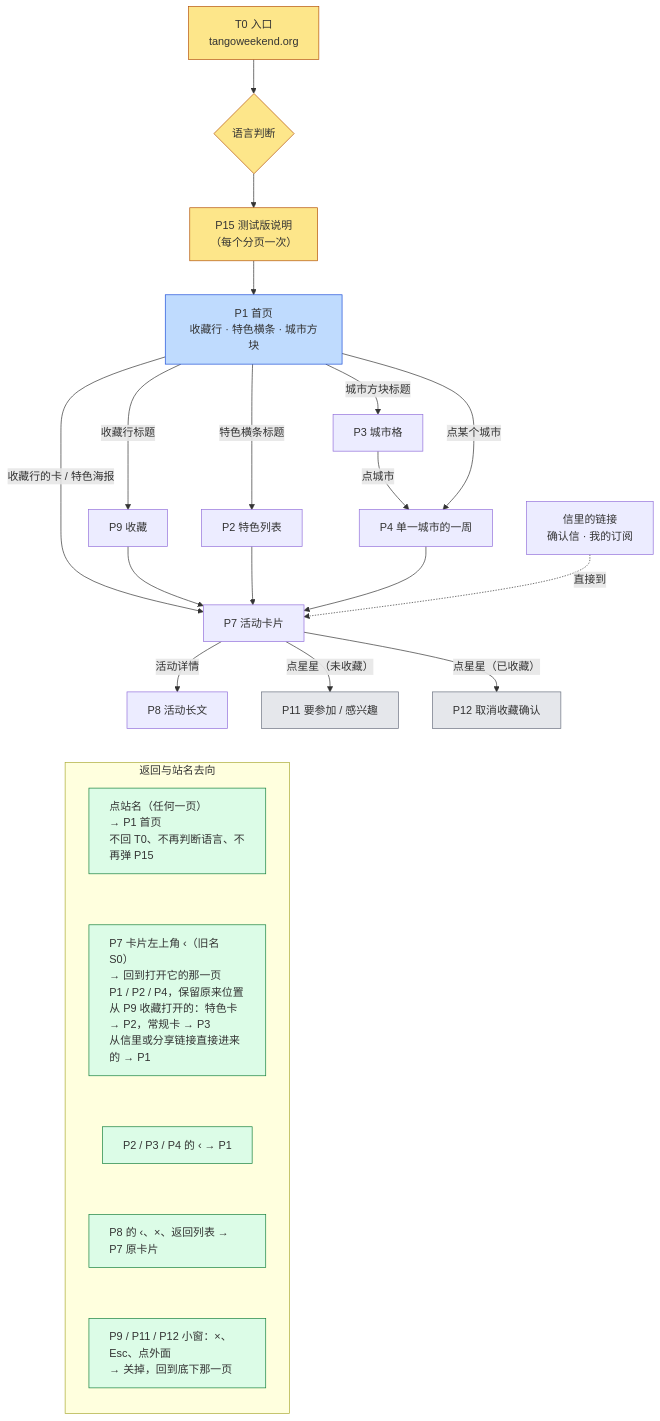
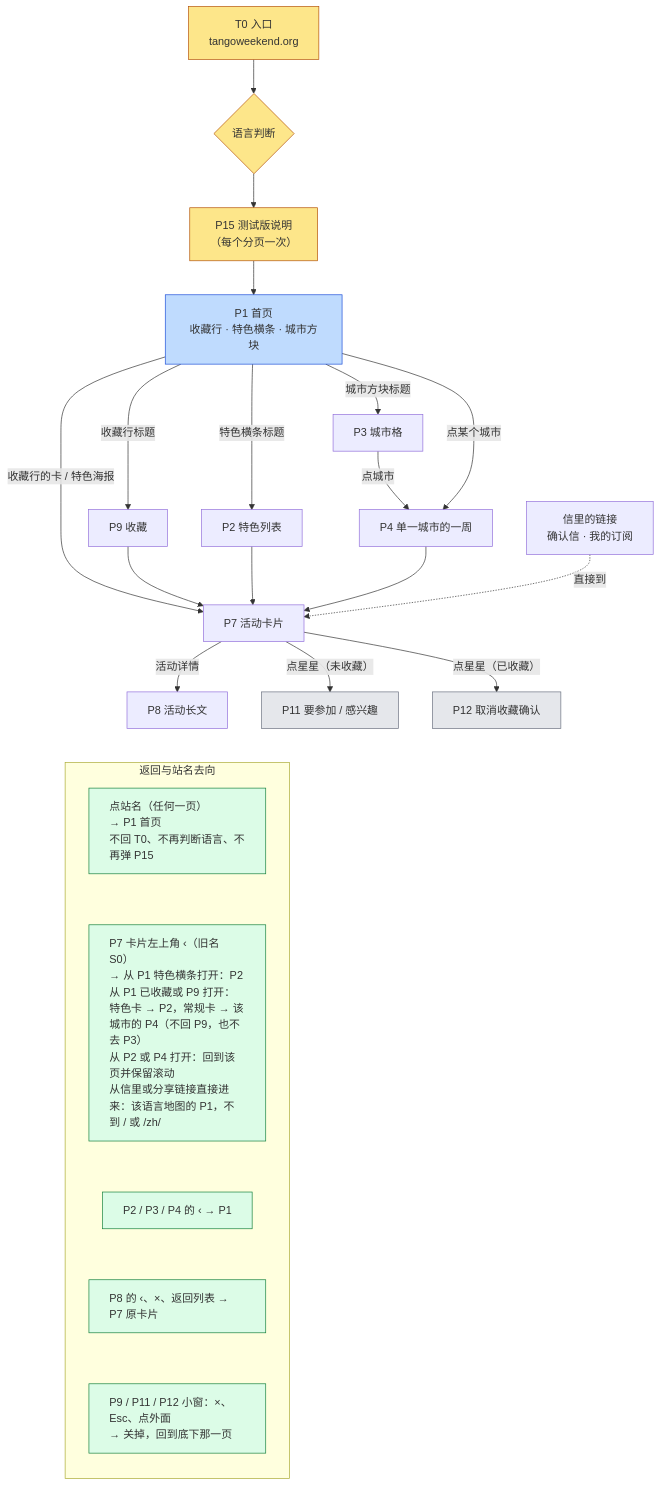
Before and after one commit to Shiao64/my1: the first of 2 diagrams in docs/atm-navigation-interaction-spec.md, drawn with Mermaid. The commit also changed other lines of this file and 5 other files, not shown here.

````diff
--- a/docs/atm-navigation-interaction-spec.md
+++ b/docs/atm-navigation-interaction-spec.md
@@ -169,34 +169,34 @@
 ```mermaid
 flowchart TB
   T0["T0 入口<br/>tangoweekend.org"] --> L{"语言判断"}
   L --> N["P15 测试版说明<br/>（每个分页一次）"]
   N --> P1["P1 首页<br/>收藏行 · 特色横条 · 城市方块"]
   P1 -->|收藏行标题| P9["P9 收藏"]
   P1 -->|特色横条标题| P2["P2 特色列表"]
   P1 -->|城市方块标题| P3["P3 城市格"]
   P3 -->|点城市| P4["P4 单一城市的一周"]
   P1 -->|点某个城市| P4
   P1 -->|收藏行的卡 / 特色海报| P7
   P9 --> P7["P7 活动卡片"]
   P2 --> P7
   P4 --> P7
   P7 -->|活动详情| P8["P8 活动长文"]
   P7 -->|点星星（未收藏）| P11["P11 要参加 / 感兴趣"]
   P7 -->|点星星（已收藏）| P12["P12 取消收藏确认"]
   M["信里的链接<br/>确认信 · 我的订阅"] -.->|直接到| P7
   subgraph B["返回与站名去向"]
     direction TB
     B1["点站名（任何一页）<br/>→ P1 首页<br/>不回 T0、不再判断语言、不再弹 P15"]
-    B2["P7 卡片左上角 ‹（旧名 S0）<br/>→ 回到打开它的那一页<br/>P1 / P2 / P4，保留原来位置<br/>从 P9 收藏打开的：特色卡 → P2，常规卡 → P3<br/>从信里或分享链接直接进来的 → P1"]
+    B2["P7 卡片左上角 ‹（旧名 S0）<br/>→ 从 P1 特色横条打开：P2<br/>从 P1 已收藏或 P9 打开：特色卡 → P2，常规卡 → 该城市的 P4（不回 P9，也不去 P3）<br/>从 P2 或 P4 打开：回到该页并保留滚动<br/>从信里或分享链接直接进来：该语言地图的 P1，不到 / 或 /zh/"]
     B3["P2 / P3 / P4 的 ‹ → P1"]
     B4["P8 的 ‹、×、返回列表 → P7 原卡片"]
     B5["P9 / P11 / P12 小窗：×、Esc、点外面<br/>→ 关掉，回到底下那一页"]
     B1 ~~~ B2 ~~~ B3 ~~~ B4 ~~~ B5
   end
   P8 ~~~ B
   classDef entry fill:#fde68a,stroke:#b45309;
   classDef home fill:#bfdbfe,stroke:#1d4ed8;
   classDef sheet fill:#e5e7eb,stroke:#6b7280;
   classDef back fill:#dcfce7,stroke:#15803d,text-align:left;
   class T0,L,N entry; class P1 home; class P11,P12 sheet; class B1,B2,B3,B4,B5 back;
 ```
````
